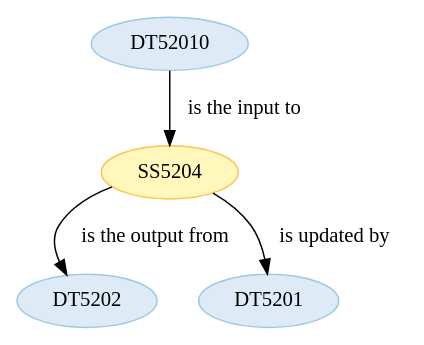
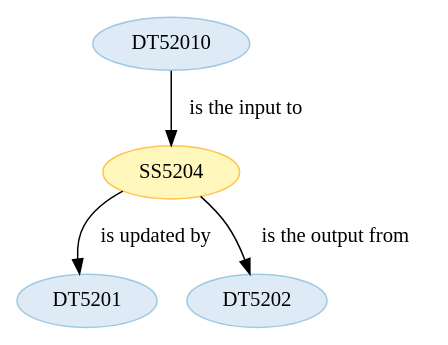
One commit to Marco-Salvi/cwl-test changed the diagram in wf5201/ST520104.dot. Above: the diagram before and after it, drawn with Graphviz. The commit also changed other lines of this file and 16 other files, not shown here.

```diff
--- a/wf5201/ST520104.dot
+++ b/wf5201/ST520104.dot
@@ -1,18 +1,18 @@
 strict digraph {
 
-
-	"DT5202" [ color="2", colorscheme="blues3", fillcolor="1", style="filled",  weight=0 ];
 
 	"SS5204" [ color="2", colorscheme="ylorbr3", fillcolor="1", style="filled",  weight=0 ];
 
 	"SS5204" -> "DT5201" [ label="is updated by", labeltooltip="DT5201 - is updated by - SS5204",  weight=0 ];
 
 	"SS5204" -> "DT5202" [ label="is the output from", labeltooltip="DT5202 - is the output from - SS5204",  weight=0 ];
 
 	"DT5201" [ color="2", colorscheme="blues3", fillcolor="1", style="filled",  weight=0 ];
 
 	"DT52010" [ color="2", colorscheme="blues3", fillcolor="1", style="filled",  weight=0 ];
 
 	"DT52010" -> "SS5204" [ label="is the input to", labeltooltip="DT52010 - is the input to - SS5204",  weight=0 ];
 
+	"DT5202" [ color="2", colorscheme="blues3", fillcolor="1", style="filled",  weight=0 ];
+
 }
```
